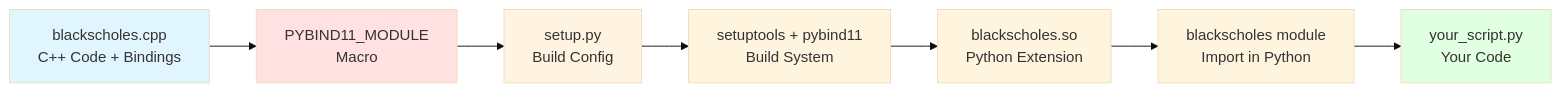
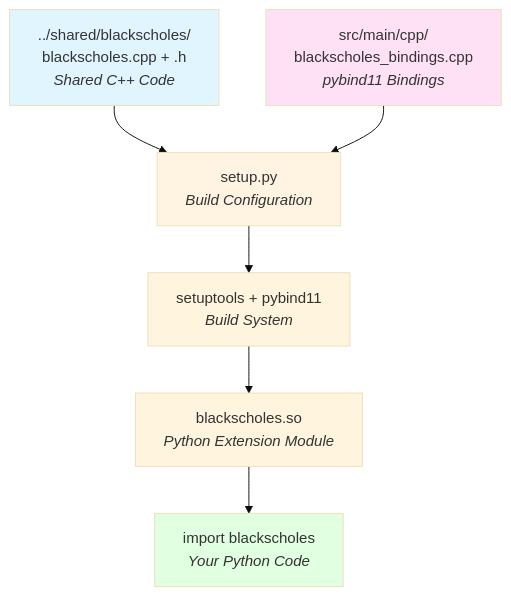
Before and after one commit to chipkent/deephaven-example-use-cases: the diagram in examples/cpp/02-blackscholes-pybind11/README.md, drawn with Mermaid (base theme). The commit also changed other lines of this file and 23 other files, not shown here.

Commit message:
docs: expand JavaCPP and pybind11 integration documentation with detailed architecture and usage examples

````diff
--- a/examples/cpp/02-blackscholes-pybind11/README.md
+++ b/examples/cpp/02-blackscholes-pybind11/README.md
@@ -25,14 +31,18 @@
 ```mermaid
-graph LR
-    A[blackscholes.cpp<br/>C++ Code + Bindings] --> B[PYBIND11_MODULE<br/>Macro]
-    B --> C[setup.py<br/>Build Config]
-    C --> D[setuptools + pybind11<br/>Build System]
-    D --> E[blackscholes.so<br/>Python Extension]
-    E --> F[blackscholes module<br/>Import in Python]
-    F --> G[your_script.py<br/>Your Code]
+graph TB
+    A[../shared/blackscholes/<br/>blackscholes.cpp + .h<br/><i>Shared C++ Code</i>]
+    B[src/main/cpp/<br/>blackscholes_bindings.cpp<br/><i>pybind11 Bindings</i>]
+    
+    A --> C[setup.py<br/><i>Build Configuration</i>]
+    B --> C
+    
+    C --> D[setuptools + pybind11<br/><i>Build System</i>]
+    D --> E[blackscholes.so<br/><i>Python Extension Module</i>]
+    
+    E --> F[import blackscholes<br/><i>Your Python Code</i>]
     
     style A fill:#e1f5ff
-    style B fill:#ffe1e1
+    style B fill:#ffe1f5
     style C fill:#fff4e1
-    style G fill:#e1ffe1
+    style F fill:#e1ffe1
 ```
````
